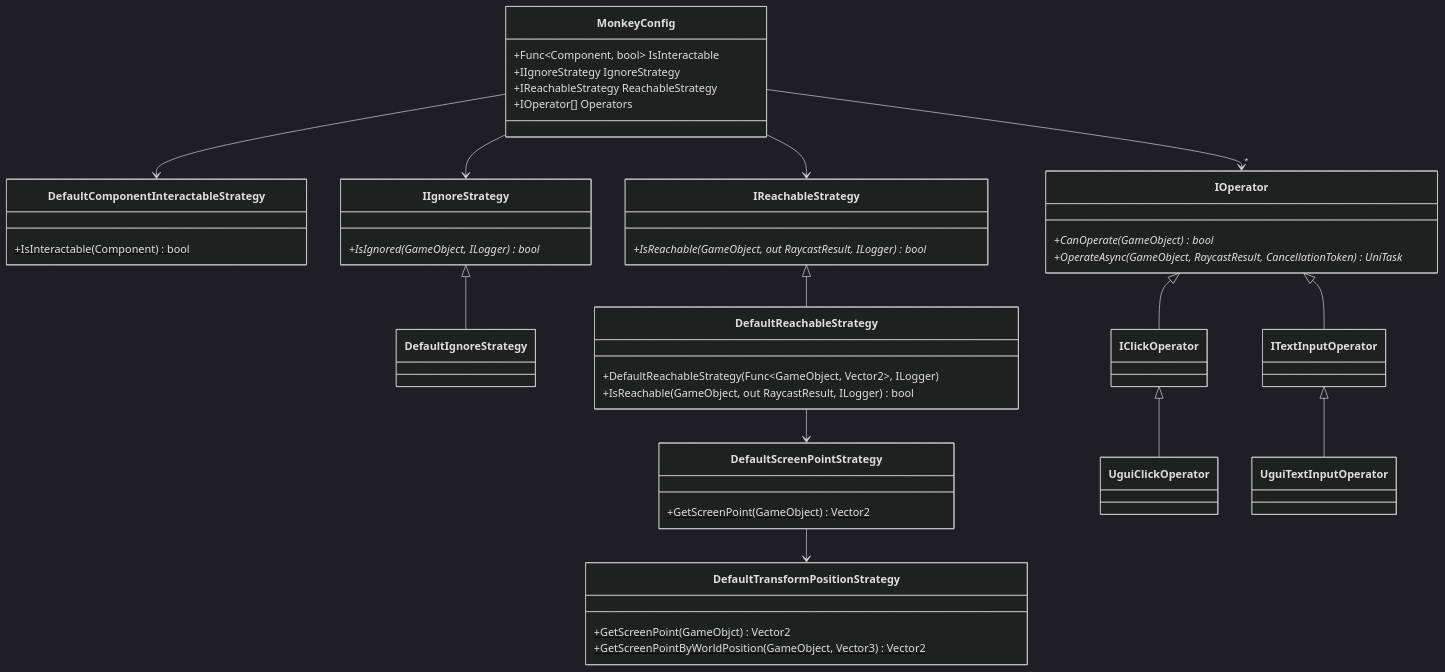
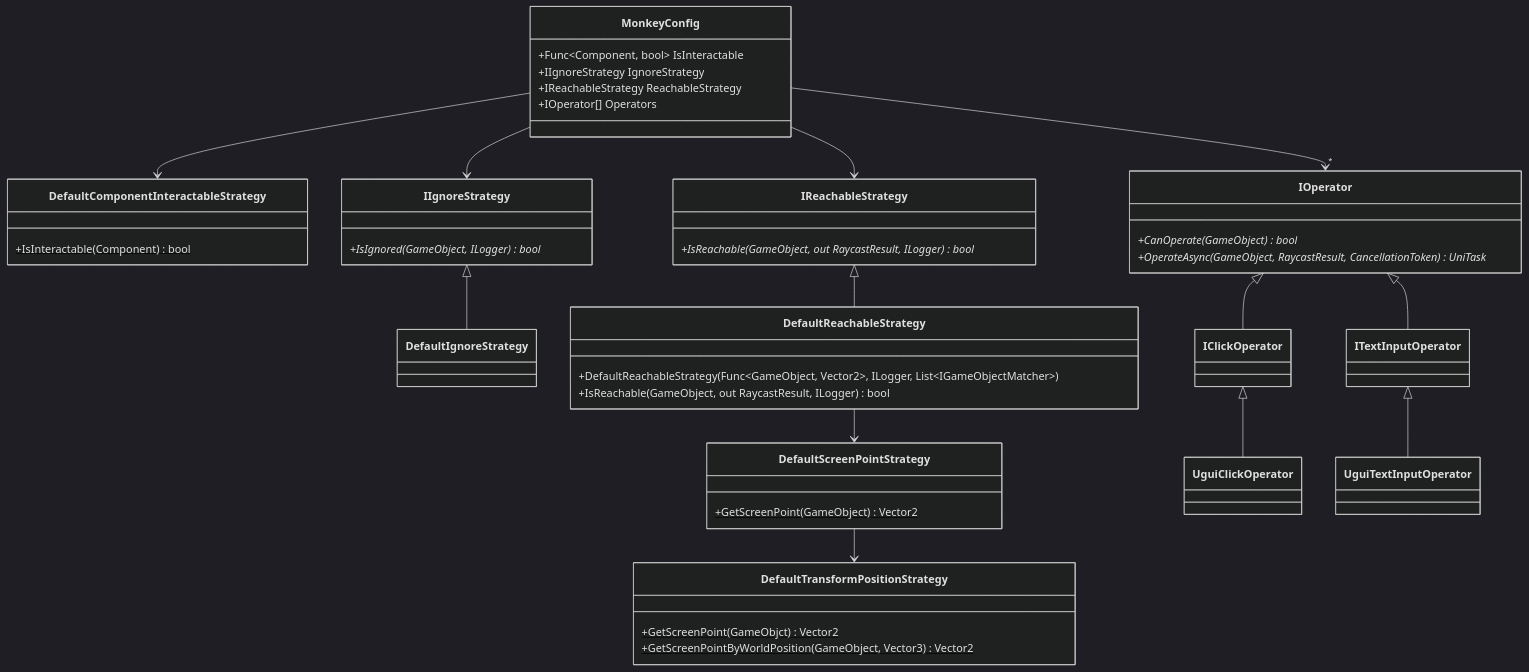
Before and after one commit to nowsprinting/test-helper.ui: the diagram in README.md, drawn with Mermaid (dark theme). The commit also changed other lines of this file and 3 other files, not shown here.

````diff
--- a/README.md
+++ b/README.md
@@ -301,58 +301,58 @@
 ```mermaid
 classDiagram
     class MonkeyConfig {
         +Func&lt;Component, bool&gt; IsInteractable
         +IIgnoreStrategy IgnoreStrategy
         +IReachableStrategy ReachableStrategy
         +IOperator[] Operators
     }
 
     MonkeyConfig --> DefaultComponentInteractableStrategy
 
     class DefaultComponentInteractableStrategy {
         +IsInteractable(Component) bool$
     }
 
     MonkeyConfig --> IIgnoreStrategy
     IIgnoreStrategy <|-- DefaultIgnoreStrategy
 
     class IIgnoreStrategy {
         +IsIgnored(GameObject, ILogger) bool*
     }
 
     MonkeyConfig --> IReachableStrategy
     IReachableStrategy <|-- DefaultReachableStrategy
     DefaultReachableStrategy --> DefaultScreenPointStrategy
     DefaultScreenPointStrategy --> DefaultTransformPositionStrategy
 
     class IReachableStrategy {
         +IsReachable(GameObject, out RaycastResult, ILogger) bool*
     }
 
     class DefaultReachableStrategy {
-        +DefaultReachableStrategy(Func&lt;GameObject, Vector2&gt;, ILogger)
+        +DefaultReachableStrategy(Func&lt;GameObject, Vector2&gt;, ILogger, List&lt;IGameObjectMatcher&gt;)
         +IsReachable(GameObject, out RaycastResult, ILogger) bool
     }
 
     class DefaultScreenPointStrategy {
         +GetScreenPoint(GameObject) Vector2$
     }
 
     class DefaultTransformPositionStrategy {
         +GetScreenPoint(GameObjct) Vector2$
         +GetScreenPointByWorldPosition(GameObject, Vector3) Vector2$
     }
 
     MonkeyConfig --> "*" IOperator
 
     class IOperator {
         +CanOperate(GameObject) bool*
         +OperateAsync(GameObject, RaycastResult, CancellationToken) UniTask*
     }
 
     IOperator <|-- IClickOperator
     IClickOperator <|-- UguiClickOperator
 
     IOperator <|-- ITextInputOperator
     ITextInputOperator <|-- UguiTextInputOperator
 ```
````
